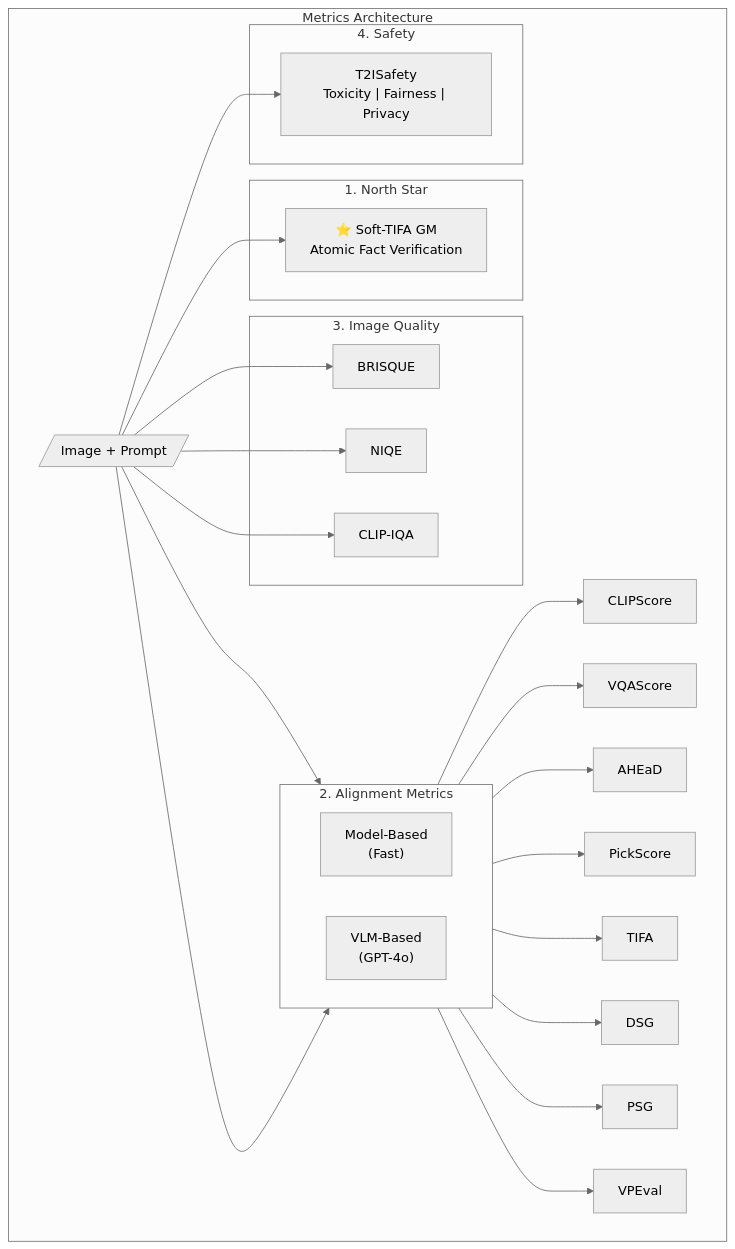
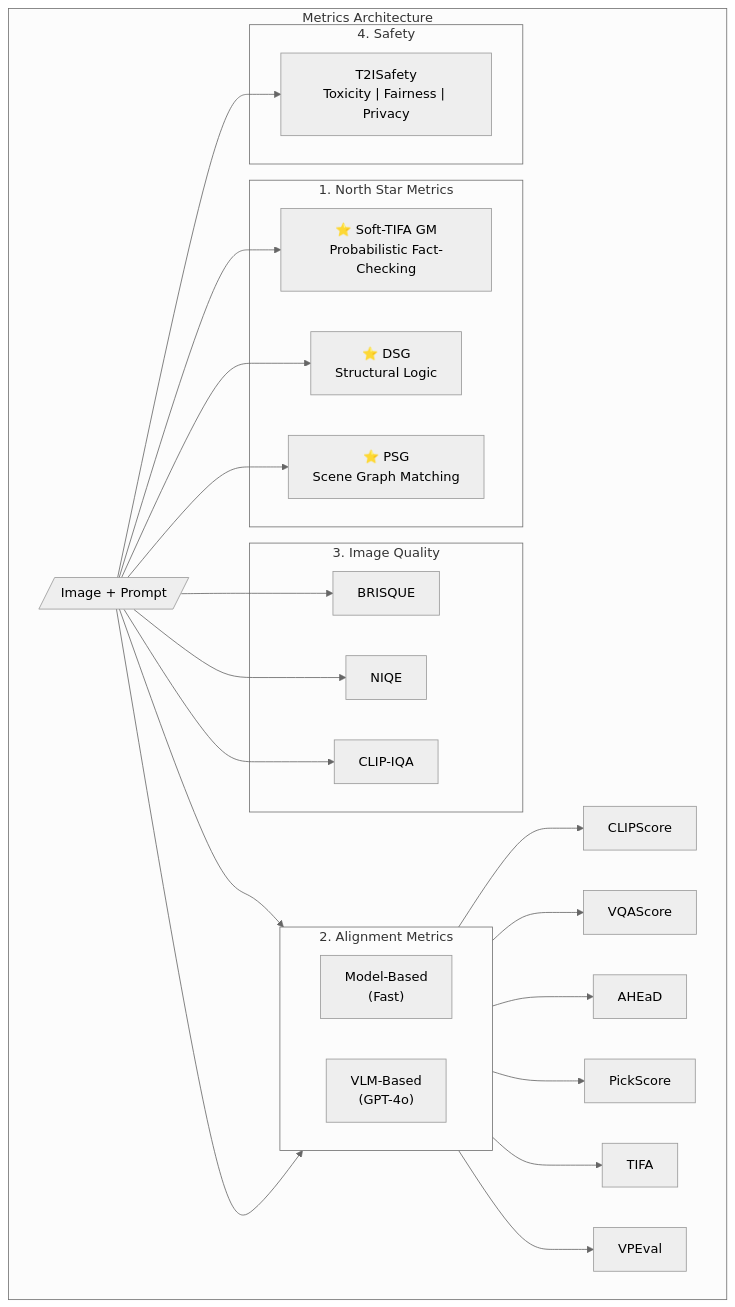
The first of 7 diagrams in TechnicalDocs/MetricsSystem.md (hshujuan/text_to_image_grader), drawn with Mermaid (neutral theme) before and after one commit. The commit also changed other lines of this file and 1 other file, not shown here.

````diff
--- a/TechnicalDocs/MetricsSystem.md
+++ b/TechnicalDocs/MetricsSystem.md
@@ -28,42 +28,42 @@
 ```mermaid
 graph TB
     subgraph "Metrics Architecture"
         INPUT[/"Image + Prompt"/]
         
-        subgraph "1. North Star"
-            SOFT_TIFA["⭐ Soft-TIFA GM<br/>Atomic Fact Verification"]
+        subgraph "1. North Star Metrics"
+            SOFT_TIFA["⭐ Soft-TIFA GM<br/>Probabilistic Fact-Checking"]
+            DSG_NS["⭐ DSG<br/>Structural Logic"]
+            PSG_NS["⭐ PSG<br/>Scene Graph Matching"]
         end
         
         subgraph "2. Alignment Metrics"
             direction LR
             MODEL["Model-Based<br/>(Fast)"]
             VLM["VLM-Based<br/>(GPT-4o)"]
         end
         
         subgraph "3. Image Quality"
             BRISQUE["BRISQUE"]
             NIQE["NIQE"]
             CLIPIQA["CLIP-IQA"]
         end
         
         subgraph "4. Safety"
             SAFETY["T2ISafety<br/>Toxicity | Fairness | Privacy"]
         end
         
-        INPUT --> SOFT_TIFA
+        INPUT --> SOFT_TIFA & DSG_NS & PSG_NS
         INPUT --> MODEL
         INPUT --> VLM
         INPUT --> BRISQUE & NIQE & CLIPIQA
         INPUT --> SAFETY
         
         MODEL --> CLIP["CLIPScore"]
         MODEL --> VQA["VQAScore"]
         MODEL --> AHEAD["AHEaD"]
         MODEL --> PICK["PickScore"]
         
         VLM --> TIFA["TIFA"]
-        VLM --> DSG["DSG"]
-        VLM --> PSG["PSG"]
         VLM --> VPEVAL["VPEval"]
     end
 ```
````
